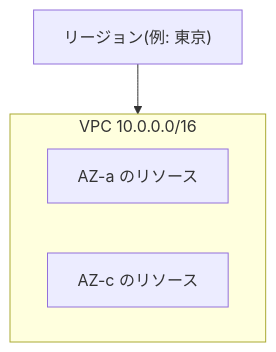
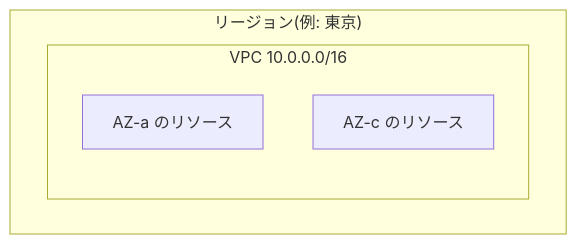
One commit to RikiFukushima/textbook-gen changed the diagram in textbooks/aws-infra/curriculums/aws-basics/chapters/04/sections/01-vpc-virtual-network.md. Above: the diagram before and after it, drawn with Mermaid. The commit also changed 299 other files, not shown here.

````diff
--- a/textbooks/aws-infra/curriculums/aws-basics/chapters/04/sections/01-vpc-virtual-network.md
+++ b/textbooks/aws-infra/curriculums/aws-basics/chapters/04/sections/01-vpc-virtual-network.md
@@ -50,9 +50,9 @@
 ```mermaid
 graph TB
-  Region["リージョン(例: 東京)"]
-  subgraph VPC["VPC 10.0.0.0/16"]
-    AZ1["AZ-a のリソース"]
-    AZ2["AZ-c のリソース"]
+  subgraph Region["リージョン(例: 東京)"]
+    subgraph VPC["VPC 10.0.0.0/16"]
+      AZ1["AZ-a のリソース"]
+      AZ2["AZ-c のリソース"]
+    end
   end
-  Region --> VPC
 ```
````
